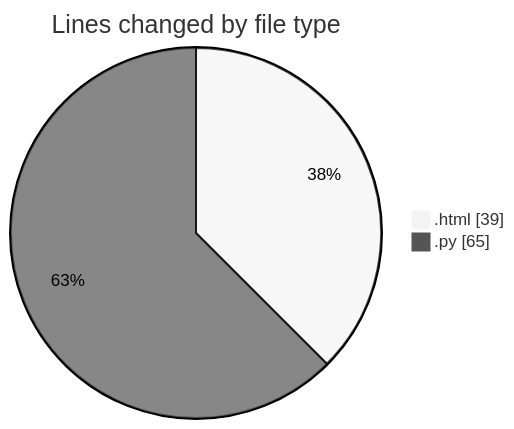
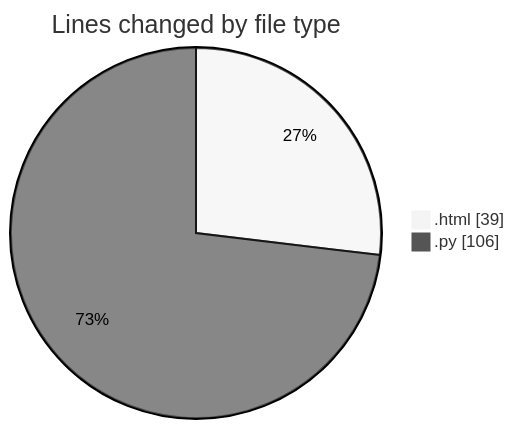
The first of 2 diagrams in 2025-06-22/___base/README.md (Ritupan-Deka/code-tracking), drawn with Mermaid (neutral theme) before and after one commit. The commit also changed other lines of this file and 1 other file, not shown here.

````diff
--- a/2025-06-22/___base/README.md
+++ b/2025-06-22/___base/README.md
@@ -21,6 +21,6 @@
 ```mermaid
 pie showData
 title Lines changed by file type
 ".html" : 39
-".py" : 65
+".py" : 106
 ```
````
